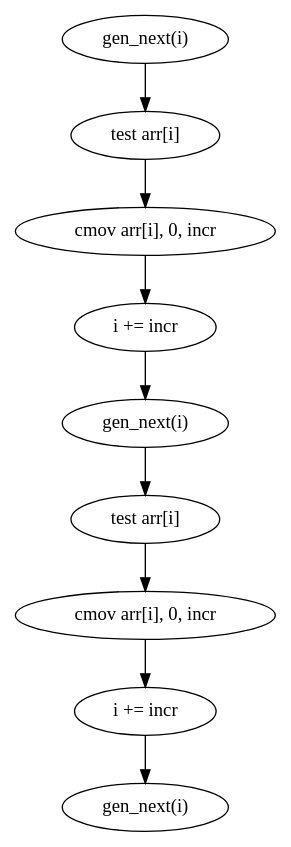
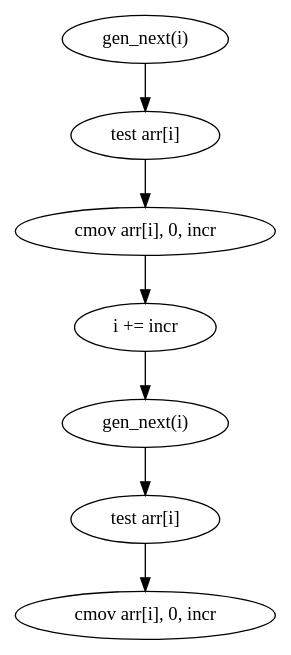
Before and after one commit to vgatherps/beautiful-jekyll: the diagram in _data/cmov_dep/cmov_dep.dot, drawn with Graphviz. The commit also changed 6 other files, not shown here.

```diff
--- a/_data/cmov_dep/cmov_dep.dot
+++ b/_data/cmov_dep/cmov_dep.dot
@@ -1,26 +1,21 @@
 digraph G {
     I1 [label="gen_next(i)"]
     I2 [label="gen_next(i)"]
-    I3 [label="gen_next(i)"]
     
     A1 [label="test arr[i]"]
     A2 [label="test arr[i]"]
 
     C1 [label="cmov arr[i], 0, incr"]
     C2 [label="cmov arr[i], 0, incr"]
     
     N1 [label = "i += incr"]
-    N2 [label = "i += incr"]
     
     I1 -> A1
     I2 -> A2
     
     A1 -> C1
     A2 -> C2
     
     C1 -> N1
-    C2 -> N2
-    
     N1 -> I2
-    N2 -> I3
 }
```
